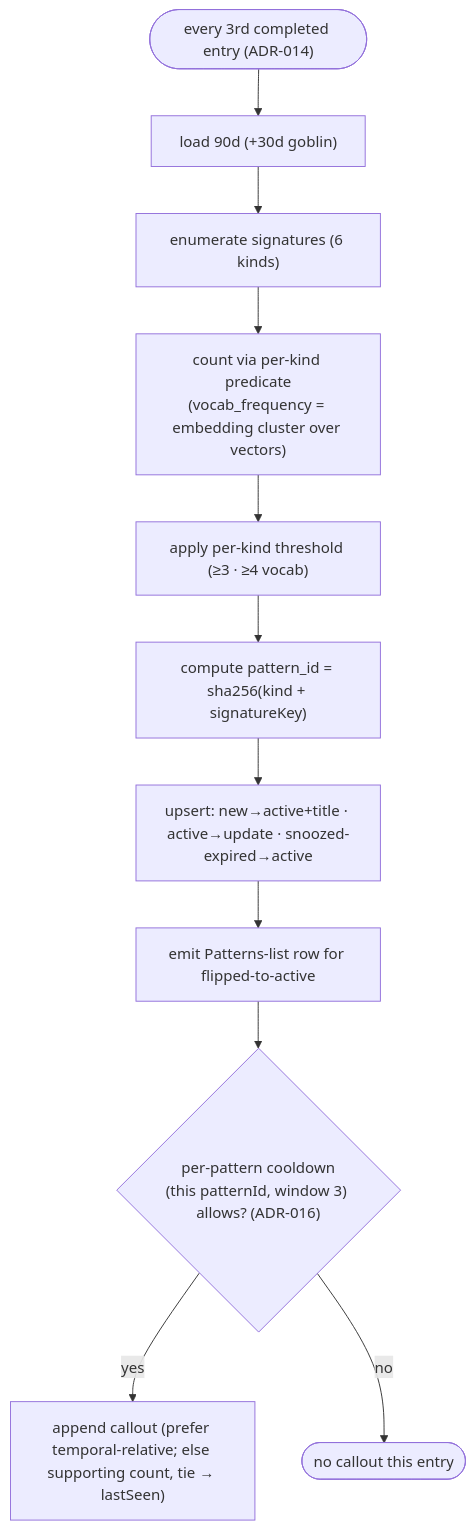
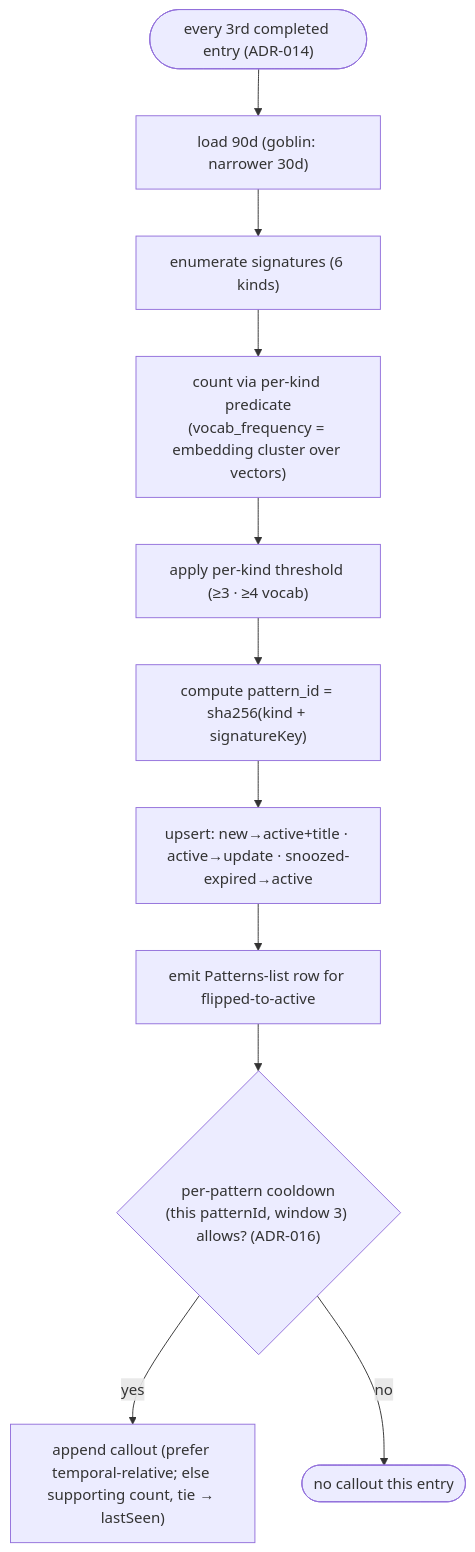
Before and after one commit to anchildress1/vestige: the third of 10 diagrams in docs/diagrams/adr-decisions.md, drawn with Mermaid. The commit also changed 4 other files, not shown here.

First line of the commit message:
docs: fix accuracy-audit findings in diagram atlas + README

````diff
--- a/docs/diagrams/adr-decisions.md
+++ b/docs/diagrams/adr-decisions.md
@@ -127,16 +127,16 @@
 ```mermaid
 flowchart TD
     accTitle: ADR-003 detection algorithm (current — periodic trigger, per-pattern cooldown)
-    accDescr: Every third completed entry, load the 90-day window plus 30 extra days for goblin, enumerate signatures across the six kinds, count via each per-kind predicate (vocab_frequency uses embedding clusters over entry vectors), apply the per-kind threshold, compute the content-addressable id, upsert into ObjectBox, emit a Patterns-list row for any pattern flipped to active, then append a callout if that pattern's own per-pattern cooldown allows.
+    accDescr: Every third completed entry, load the 90-day window (the goblin-hours bucket uses a narrower 30-day window), enumerate signatures across the six kinds, count via each per-kind predicate (vocab_frequency uses embedding clusters over entry vectors), apply the per-kind threshold, compute the content-addressable id, upsert into ObjectBox, emit a Patterns-list row for any pattern flipped to active, then append a callout if that pattern's own per-pattern cooldown allows.
 
-    T(["every 3rd completed entry (ADR-014)"]) --> L["load 90d (+30d goblin)"]
+    T(["every 3rd completed entry (ADR-014)"]) --> L["load 90d (goblin: narrower 30d)"]
     L --> E["enumerate signatures (6 kinds)"]
     E --> C["count via per-kind predicate<br/>(vocab_frequency = embedding cluster over vectors)"]
     C --> TH["apply per-kind threshold (≥3 · ≥4 vocab)"]
     TH --> ID["compute pattern_id = sha256(kind + signatureKey)"]
     ID --> UP["upsert: new→active+title · active→update · snoozed-expired→active"]
     UP --> ROW["emit Patterns-list row for flipped-to-active"]
     ROW --> CO{"per-pattern cooldown<br/>(this patternId, window 3) allows? (ADR-016)"}
     CO -- yes --> CALL["append callout (prefer temporal-relative; else supporting count, tie → lastSeen)"]
     CO -- no --> Skip(["no callout this entry"])
 ```
````
